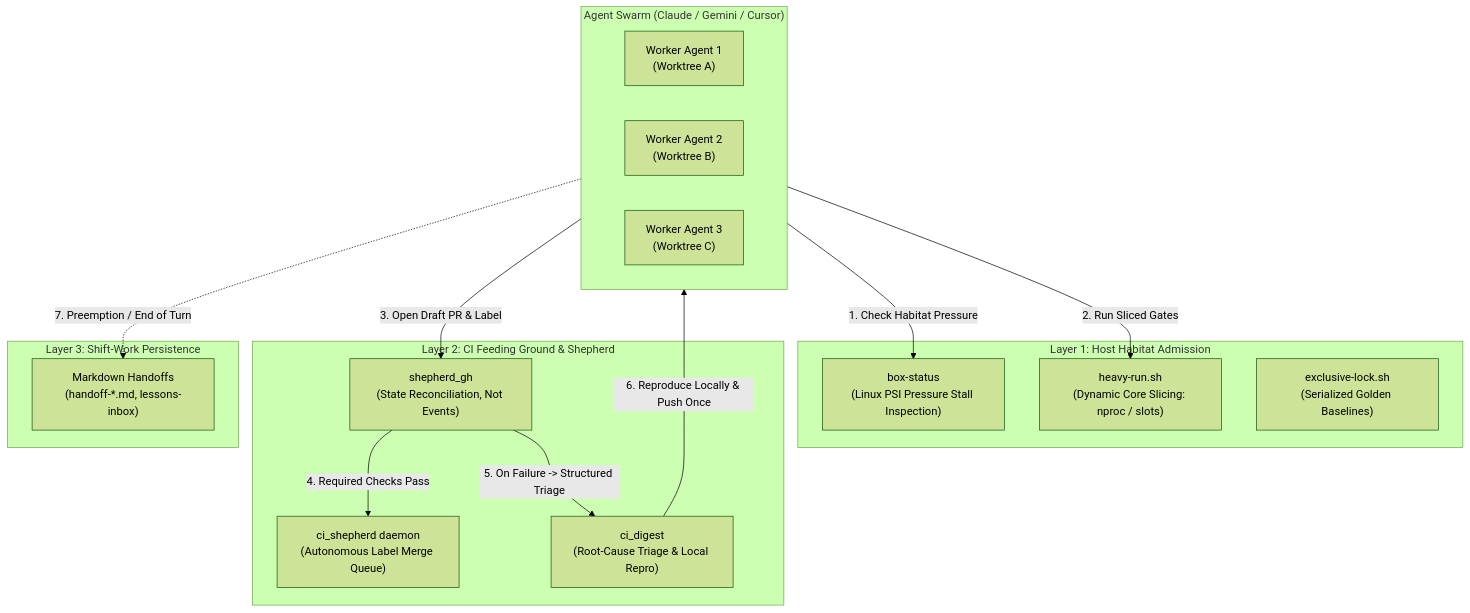
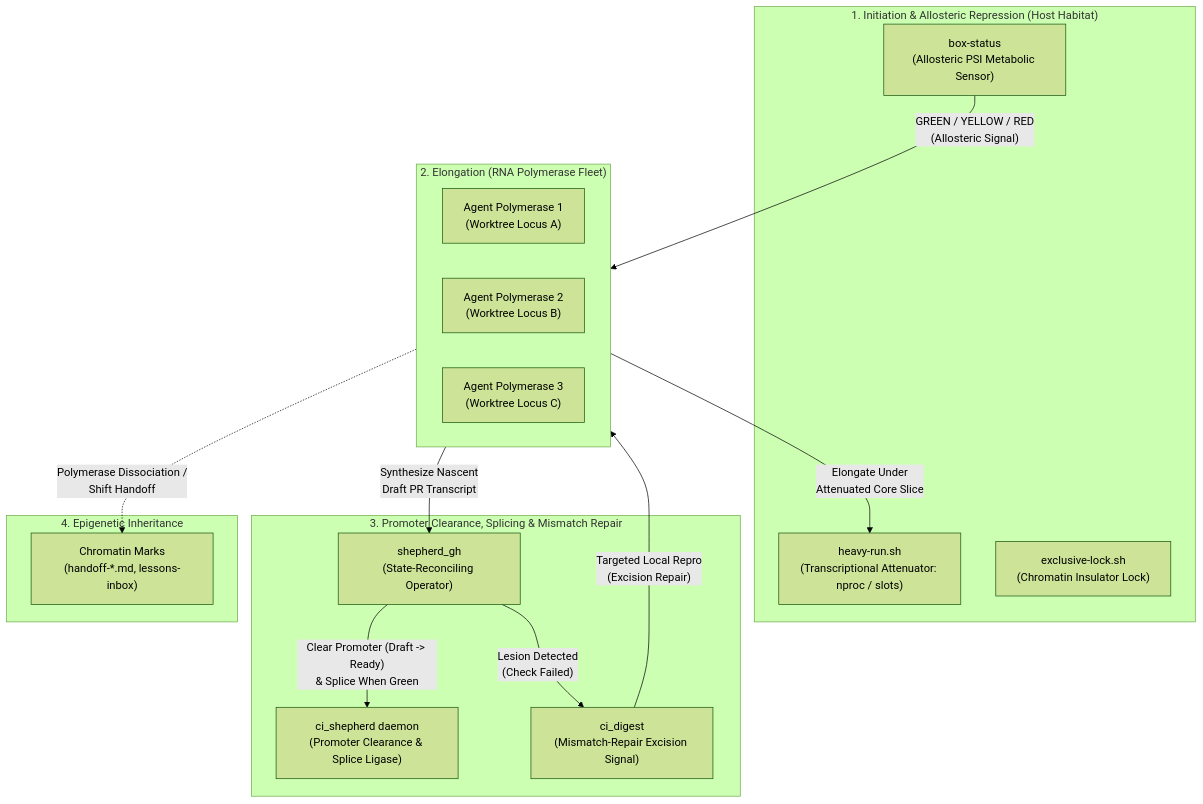
One commit to squid-protocol/squid-bot changed the diagram in README.md. Above: the diagram before and after it, drawn with Mermaid (forest theme). The commit also changed other lines of this file, not shown here.

Commit message:
docs: reframe squid-bot architecture around operon and transcription-factor regulation

````diff
--- a/README.md
+++ b/README.md
@@ -85,32 +101,32 @@
 ```mermaid
 flowchart TD
-    subgraph POP["Agent Swarm (Claude / Gemini / Cursor)"]
-        A1["Worker Agent 1\n(Worktree A)"]
-        A2["Worker Agent 2\n(Worktree B)"]
-        A3["Worker Agent 3\n(Worktree C)"]
+    subgraph GENOME["1. Initiation & Allosteric Repression (Host Habitat)"]
+        BS["box-status\n(Allosteric PSI Metabolic Sensor)"]
+        HR["heavy-run.sh\n(Transcriptional Attenuator: nproc / slots)"]
+        LK["exclusive-lock.sh\n(Chromatin Insulator Lock)"]
     end
 
-    subgraph HABITAT["Layer 1: Host Habitat Admission"]
-        BS["box-status\n(Linux PSI Pressure Stall Inspection)"]
-        HR["heavy-run.sh\n(Dynamic Core Slicing: nproc / slots)"]
-        LK["exclusive-lock.sh\n(Serialized Golden Baselines)"]
+    subgraph RNAP["2. Elongation (RNA Polymerase Fleet)"]
+        A1["Agent Polymerase 1\n(Worktree Locus A)"]
+        A2["Agent Polymerase 2\n(Worktree Locus B)"]
+        A3["Agent Polymerase 3\n(Worktree Locus C)"]
     end
 
-    subgraph CI["Layer 2: CI Feeding Ground & Shepherd"]
-        GH["shepherd_gh\n(State Reconciliation, Not Events)"]
-        SHP["ci_shepherd daemon\n(Autonomous Label Merge Queue)"]
-        DIG["ci_digest\n(Root-Cause Triage & Local Repro)"]
+    subgraph TF["3. Promoter Clearance, Splicing & Mismatch Repair"]
+        GH["shepherd_gh\n(State-Reconciling Operator)"]
+        SHP["ci_shepherd daemon\n(Promoter Clearance & Splice Ligase)"]
+        DIG["ci_digest\n(Mismatch-Repair Excision Signal)"]
     end
 
-    subgraph SHIFT["Layer 3: Shift-Work Persistence"]
-        HO["Markdown Handoffs\n(handoff-*.md, lessons-inbox)"]
+    subgraph EPIGEN["4. Epigenetic Inheritance"]
+        HO["Chromatin Marks\n(handoff-*.md, lessons-inbox)"]
     end
 
-    POP -->|"1. Check Habitat Pressure"| BS
-    POP -->|"2. Run Sliced Gates"| HR
-    POP -->|"3. Open Draft PR & Label"| GH
-    GH -->|"4. Required Checks Pass"| SHP
-    GH -->|"5. On Failure -> Structured Triage"| DIG
-    DIG -->|"6. Reproduce Locally & Push Once"| POP
-    POP -.->|"7. Preemption / End of Turn"| HO
+    BS -->|"GREEN / YELLOW / RED\n(Allosteric Signal)"| RNAP
+    RNAP -->|"Elongate Under\nAttenuated Core Slice"| HR
+    RNAP -->|"Synthesize Nascent\nDraft PR Transcript"| GH
+    GH -->|"Clear Promoter (Draft -> Ready)\n& Splice When Green"| SHP
+    GH -->|"Lesion Detected\n(Check Failed)"| DIG
+    DIG -->|"Targeted Local Repro\n(Excision Repair)"| RNAP
+    RNAP -.->|"Polymerase Dissociation /\nShift Handoff"| HO
 ```
````
